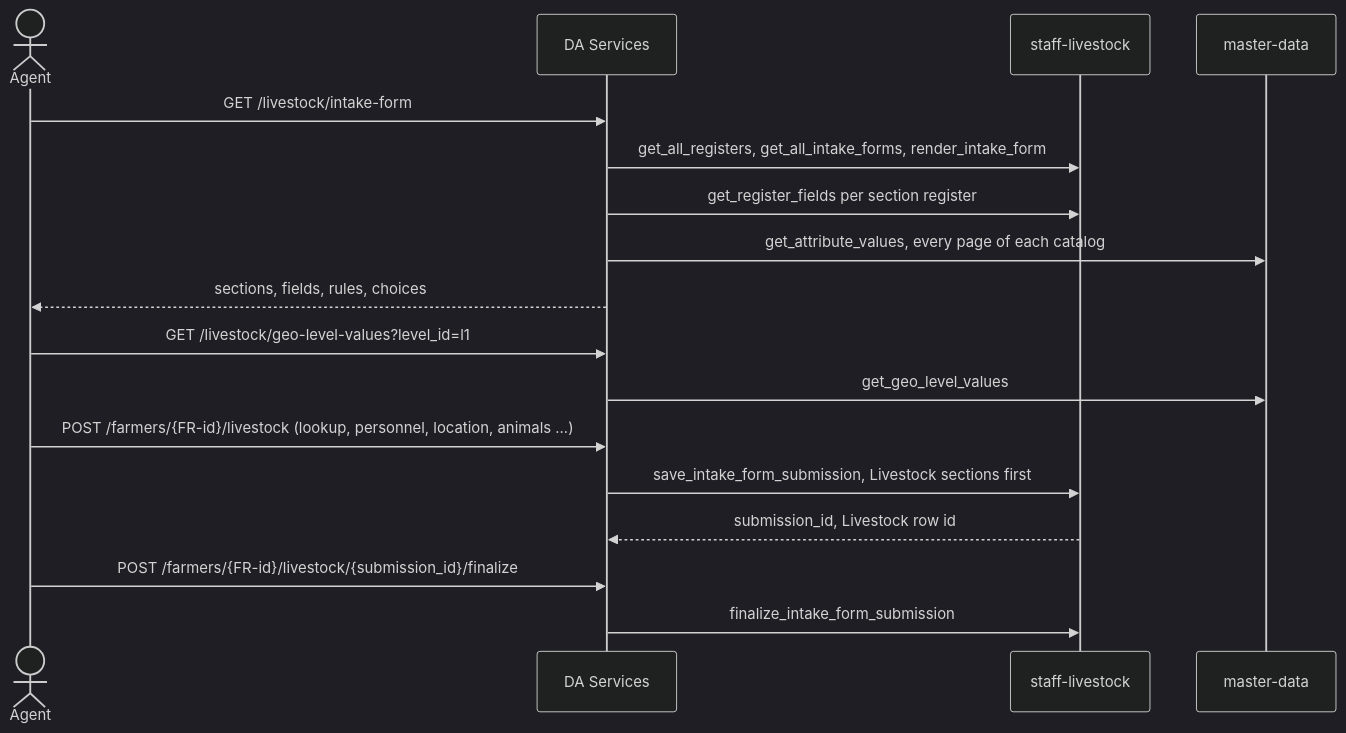
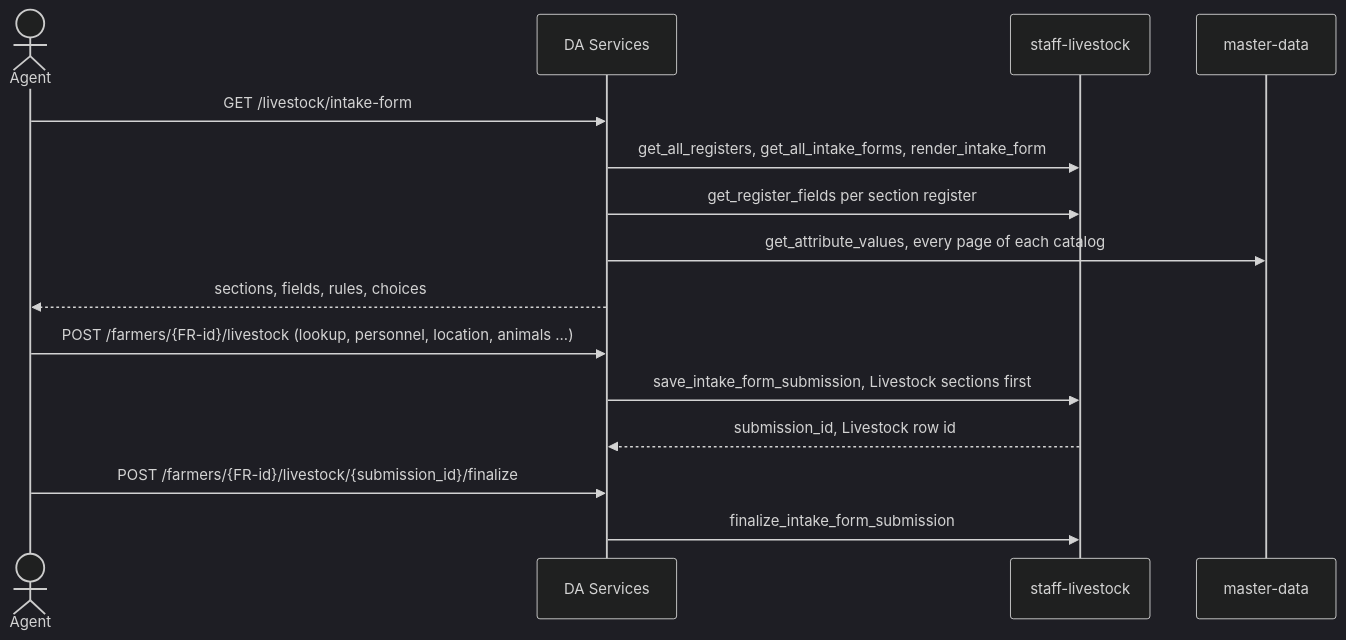
One commit to Centre-for-Open-Societal-Systems/oan_da_app_services changed the diagram in docs/livestock-integration.md. Above: the diagram before and after it, drawn with Mermaid (dark theme). The commit also changed other lines of this file and 37 other files, not shown here.

````diff
--- a/docs/livestock-integration.md
+++ b/docs/livestock-integration.md
@@ -66,22 +66,19 @@
 ```mermaid
 sequenceDiagram
   actor Agent
   participant DA as DA Services
   participant Staff as staff-livestock
   participant MD as master-data
 
   Agent->>DA: GET /livestock/intake-form
   DA->>Staff: get_all_registers, get_all_intake_forms, render_intake_form
   DA->>Staff: get_register_fields per section register
   DA->>MD: get_attribute_values, every page of each catalog
   DA-->>Agent: sections, fields, rules, choices
 
-  Agent->>DA: GET /livestock/geo-level-values?level_id=l1
-  DA->>MD: get_geo_level_values
-
   Agent->>DA: POST /farmers/{FR-id}/livestock (lookup, personnel, location, animals ...)
   DA->>Staff: save_intake_form_submission, Livestock sections first
   Staff-->>DA: submission_id, Livestock row id
   Agent->>DA: POST /farmers/{FR-id}/livestock/{submission_id}/finalize
   DA->>Staff: finalize_intake_form_submission
 ```
````
